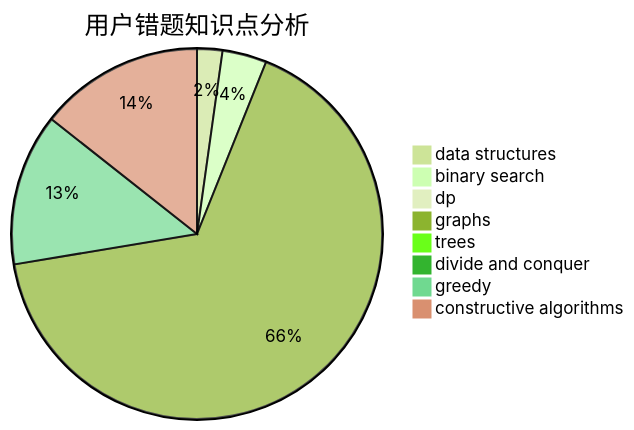
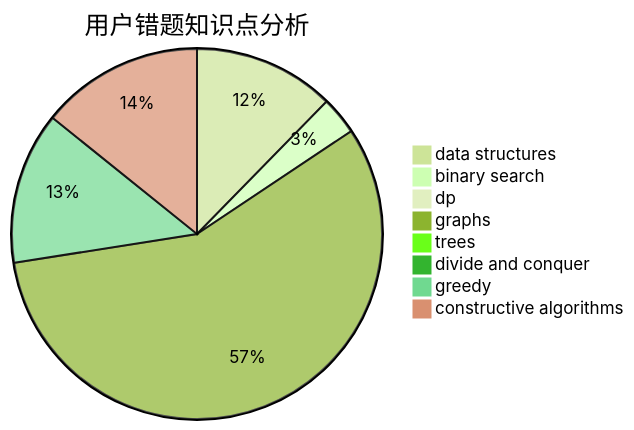
The third of 3 diagrams in docs/user/u1560.md (sherpahu/cfrs.github.io), drawn with Mermaid (forest theme) before and after one commit. The commit also changed other lines of this file and 2770 other files, not shown here.

````diff
--- a/docs/user/u1560.md
+++ b/docs/user/u1560.md
@@ -36,11 +36,11 @@
 ```mermaid
 pie title 用户错题知识点分析
-    "data structures" :  4
+    "data structures" :  26
     "binary search" :  7
     "dp" :  0
     "graphs" :  120
     "trees" :  0
     "divide and conquer" :  0
-    "greedy" :  24
-    "constructive algorithms" :  26
+    "greedy" :  28
+    "constructive algorithms" :  30
 ```
````
